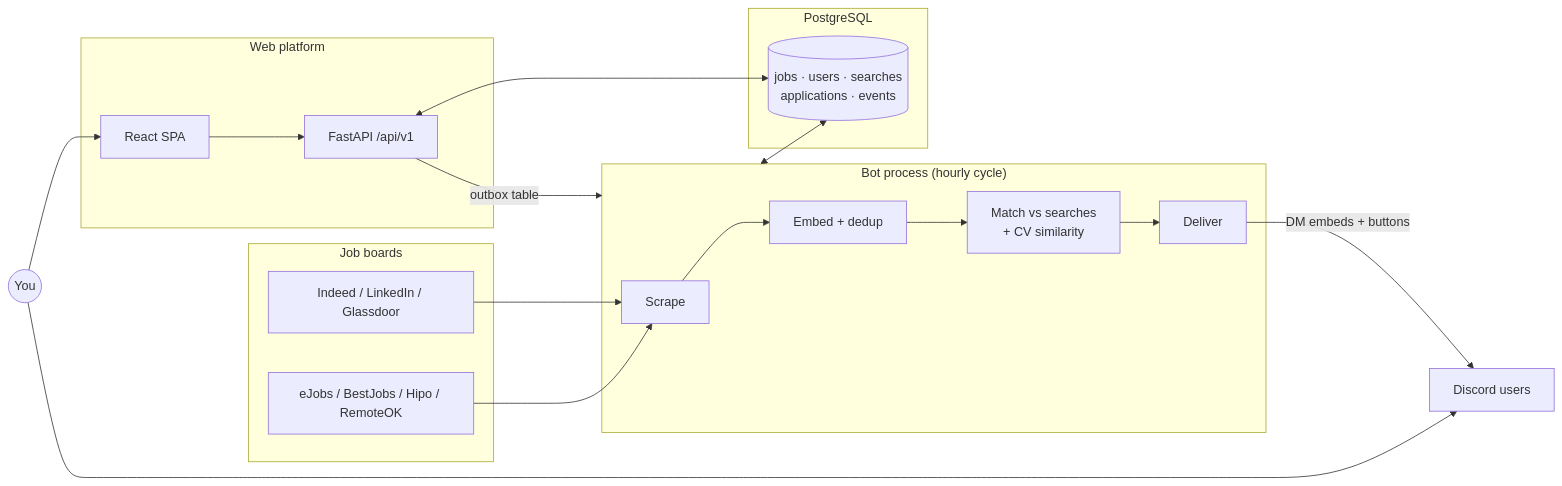
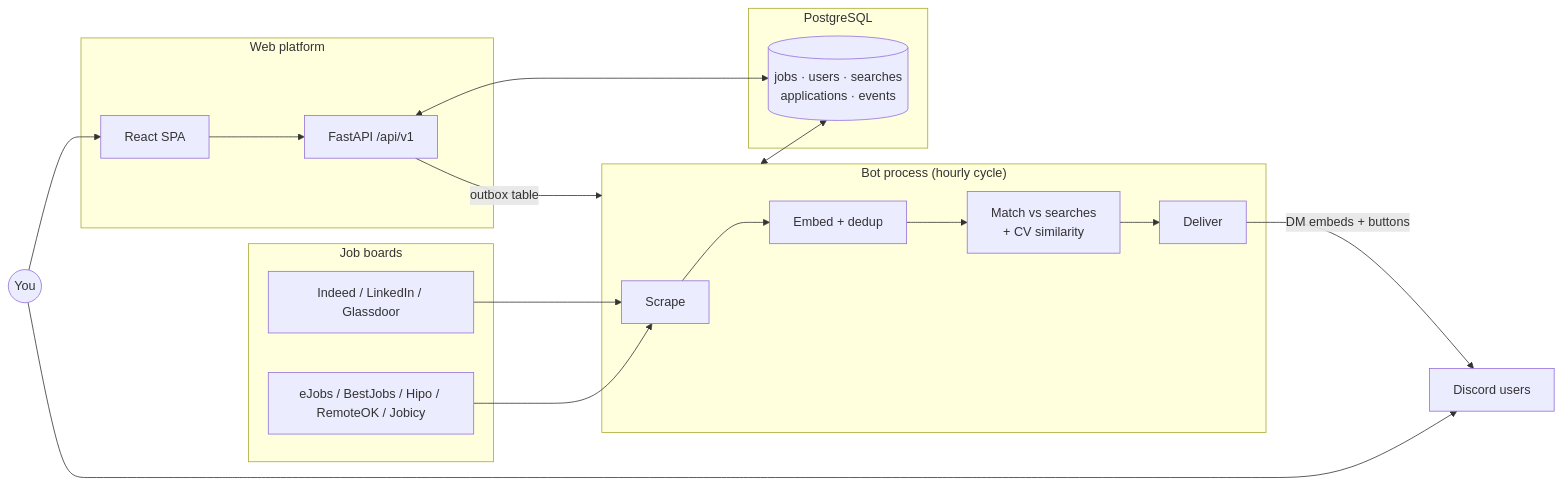
One commit to Bogzx/gosha-jobs changed the diagram in README.md. Above: the diagram before and after it, drawn with Mermaid. The commit also changed other lines of this file and 82 other files, not shown here.

````diff
--- a/README.md
+++ b/README.md
@@ -58,30 +58,30 @@
 ```mermaid
 flowchart LR
     subgraph sources["Job boards"]
         A1[Indeed / LinkedIn / Glassdoor]
-        A2[eJobs / BestJobs / Hipo / RemoteOK]
+        A2[eJobs / BestJobs / Hipo / RemoteOK / Jobicy]
     end
 
     subgraph pipeline["Bot process (hourly cycle)"]
         S[Scrape] --> E[Embed + dedup]
         E --> M[Match vs searches<br/>+ CV similarity]
         M --> D[Deliver]
     end
 
     subgraph storage["PostgreSQL"]
         DB[(jobs · users · searches<br/>applications · events)]
     end
 
     A1 --> S
     A2 --> S
     D -->|DM embeds + buttons| Discord[Discord users]
     pipeline <--> DB
 
     subgraph web["Web platform"]
         SPA[React SPA] --> API[FastAPI /api/v1]
     end
     API <--> DB
     API -->|outbox table| pipeline
     User((You)) --> SPA
     User --> Discord
 ```
````
